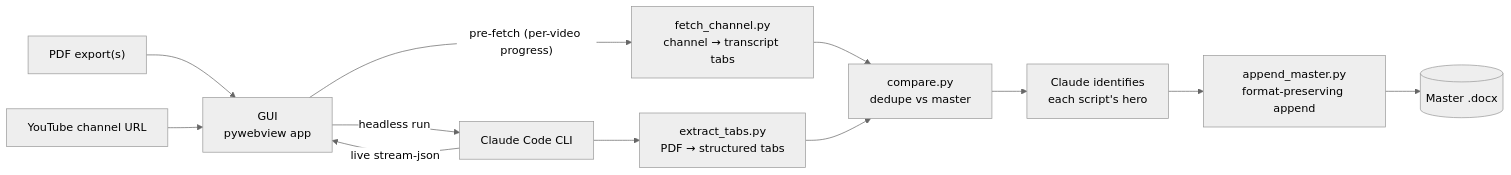
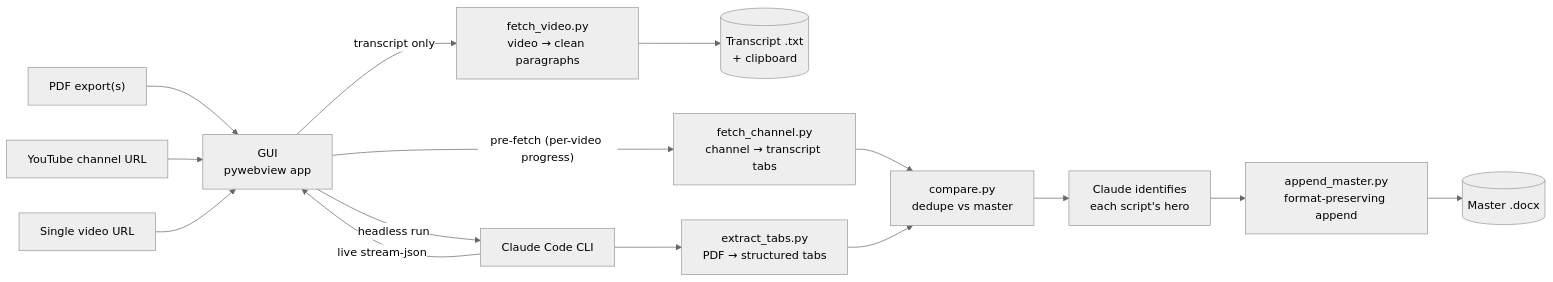
The diagram in README.md (kabeermahmood/script-index-updater), drawn with Mermaid (neutral theme) before and after one commit. The commit also changed other lines of this file and 1 other file, not shown here.

First line of the commit message:
Document single-video transcripts

````diff
--- a/README.md
+++ b/README.md
@@ -37,14 +38,17 @@
 ```mermaid
 flowchart LR
     A["PDF export(s)"] --> B[GUI<br/>pywebview app]
     A2["YouTube channel URL"] --> B
+    A3["Single video URL"] --> B
+    B -->|"transcript only"| D3[fetch_video.py<br/>video → clean paragraphs]
+    D3 --> T[("Transcript .txt<br/>+ clipboard")]
     B -->|"pre-fetch (per-video progress)"| D2[fetch_channel.py<br/>channel → transcript tabs]
     B -->|headless run| C[Claude Code CLI]
     C --> D[extract_tabs.py<br/>PDF → structured tabs]
     D2 --> E
     D --> E[compare.py<br/>dedupe vs master]
     E --> F[Claude identifies<br/>each script's hero]
     F --> G[append_master.py<br/>format-preserving append]
     G --> H[(Master .docx)]
     C -->|live stream-json| B
 ```
````
